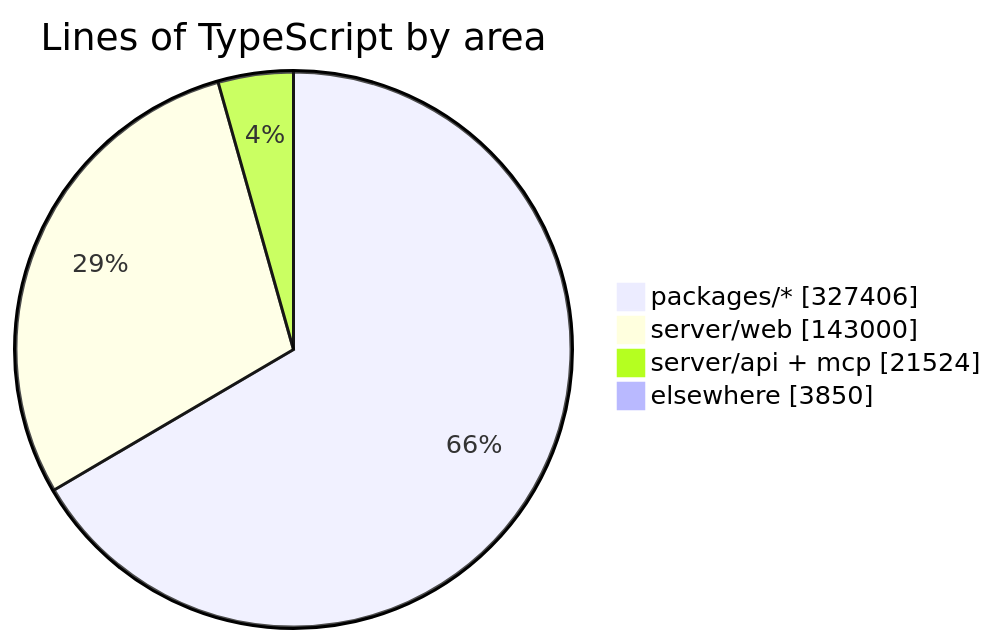
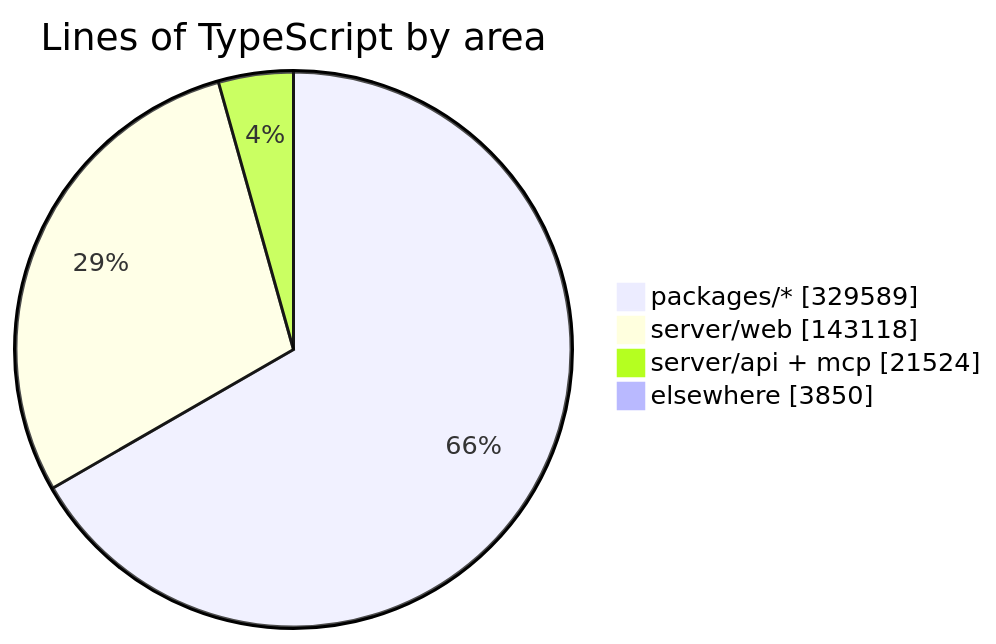
Before and after one commit to crossworks-engineering/mantle: the diagram in README.md, drawn with Mermaid. The commit also changed other lines of this file and 2 other files, not shown here.

````diff
--- a/README.md
+++ b/README.md
@@ -294,7 +294,7 @@
 ```mermaid
 pie showData title Lines of TypeScript by area
-    "packages/*" : 327406
-    "server/web" : 143000
+    "packages/*" : 329589
+    "server/web" : 143118
     "server/api + mcp" : 21524
     "elsewhere" : 3850
 ```
````
